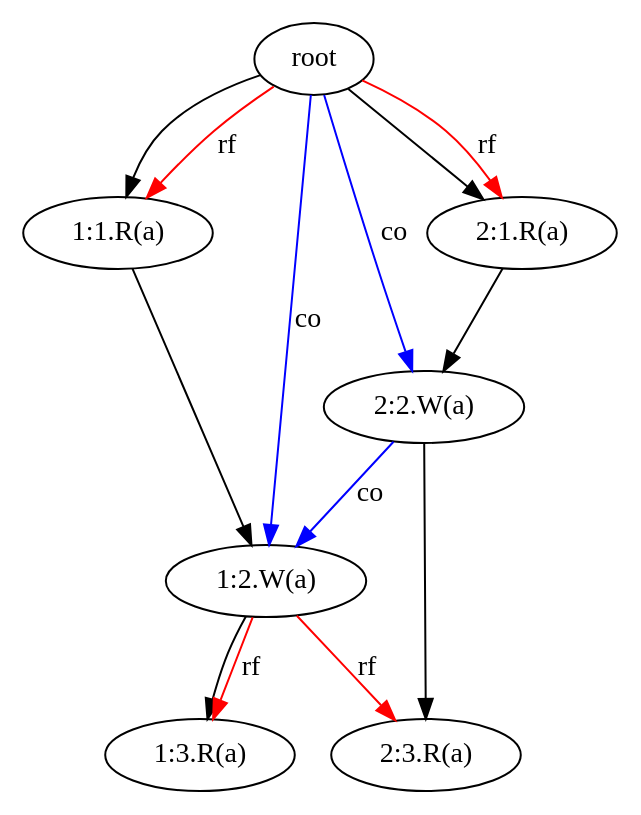
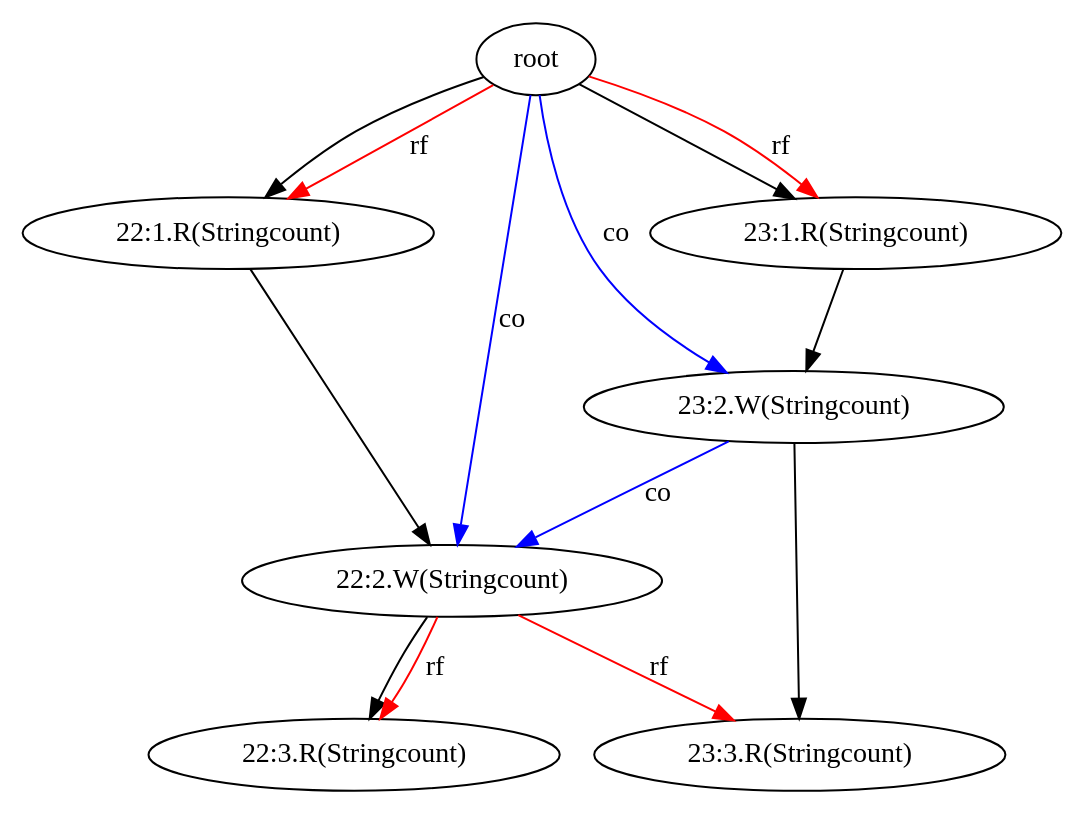
One commit to mpi-sws-rse/jmc changed the diagram in src/main/resources/Visualized_Graphs/Execution_Graph_1.dot. Above: the diagram before and after it, drawn with Graphviz. The commit also changed 40 other files, not shown here.

```diff
--- a/src/main/resources/Visualized_Graphs/Execution_Graph_1.dot
+++ b/src/main/resources/Visualized_Graphs/Execution_Graph_1.dot
@@ -1,21 +1,21 @@
 digraph {
-11 [label="1:1.R(a)"]
-root -> 11;
-root -> 11[color=red, label="rf"];
-21 [label="2:1.R(a)"]
-root -> 21;
-root -> 21[color=red, label="rf"];
-12 [label="1:2.W(a)"]
-11 -> 12;
-13 [label="1:3.R(a)"]
-12 -> 13;
-12 -> 13[color=red, label="rf"];
-22 [label="2:2.W(a)"]
-21 -> 22;
-23 [label="2:3.R(a)"]
-22 -> 23;
-12 -> 23[color=red, label="rf"];
-root -> 12[color=blue, label="co"];
-root -> 22[color=blue, label="co"];
-22 -> 12[color=blue, label="co"];
+221 [label="22:1.R(Stringcount)"]
+root -> 221;
+root -> 221[color=red, label="rf"];
+231 [label="23:1.R(Stringcount)"]
+root -> 231;
+root -> 231[color=red, label="rf"];
+222 [label="22:2.W(Stringcount)"]
+221 -> 222;
+223 [label="22:3.R(Stringcount)"]
+222 -> 223;
+222 -> 223[color=red, label="rf"];
+232 [label="23:2.W(Stringcount)"]
+231 -> 232;
+233 [label="23:3.R(Stringcount)"]
+232 -> 233;
+222 -> 233[color=red, label="rf"];
+root -> 222[color=blue, label="co"];
+root -> 232[color=blue, label="co"];
+232 -> 222[color=blue, label="co"];
 }
```
